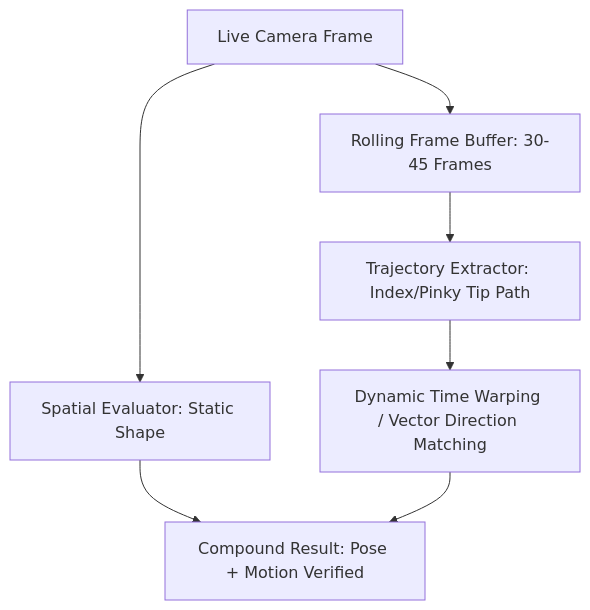
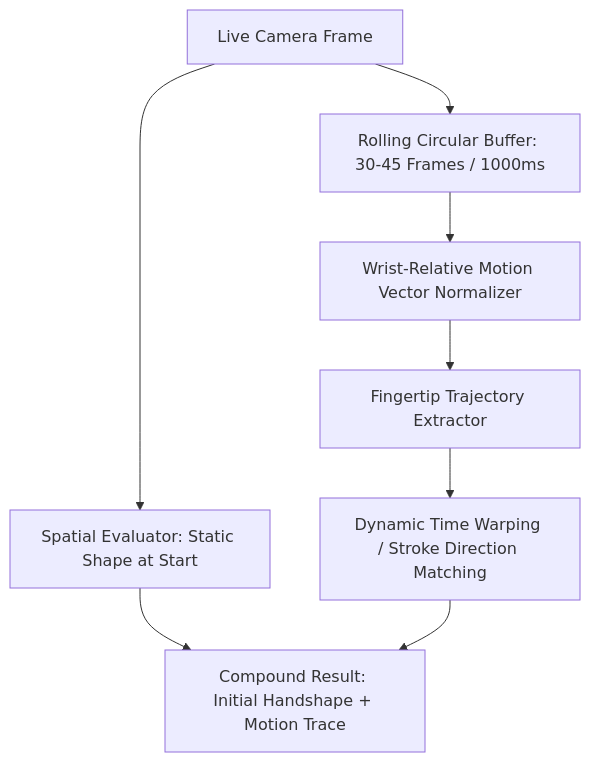
One commit to jubayerprantor/asl-practice-coach changed the third of 3 diagrams in plan.md. Above: the diagram before and after it, drawn with Mermaid. The commit also changed other lines of this file and 39 other files, not shown here.

````diff
--- a/plan.md
+++ b/plan.md
@@ -169,8 +149,9 @@
 ```mermaid
 flowchart TD
-    Frame[Live Camera Frame] --> Spatial[Spatial Evaluator: Static Shape]
-    Frame --> Buffer[Rolling Frame Buffer: 30-45 Frames]
-    Buffer --> Path[Trajectory Extractor: Index/Pinky Tip Path]
-    Path --> DTW[Dynamic Time Warping / Vector Direction Matching]
-    Spatial & DTW --> Compound[Compound Result: Pose + Motion Verified]
+    Frame[Live Camera Frame] --> Spatial[Spatial Evaluator: Static Shape at Start]
+    Frame --> Buffer[Rolling Circular Buffer: 30-45 Frames / 1000ms]
+    Buffer --> Normalizer[Wrist-Relative Motion Vector Normalizer]
+    Normalizer --> Trajectory[Fingertip Trajectory Extractor]
+    Trajectory --> DTW[Dynamic Time Warping / Stroke Direction Matching]
+    Spatial & DTW --> Compound[Compound Result: Initial Handshape + Motion Trace]
 ```
````
